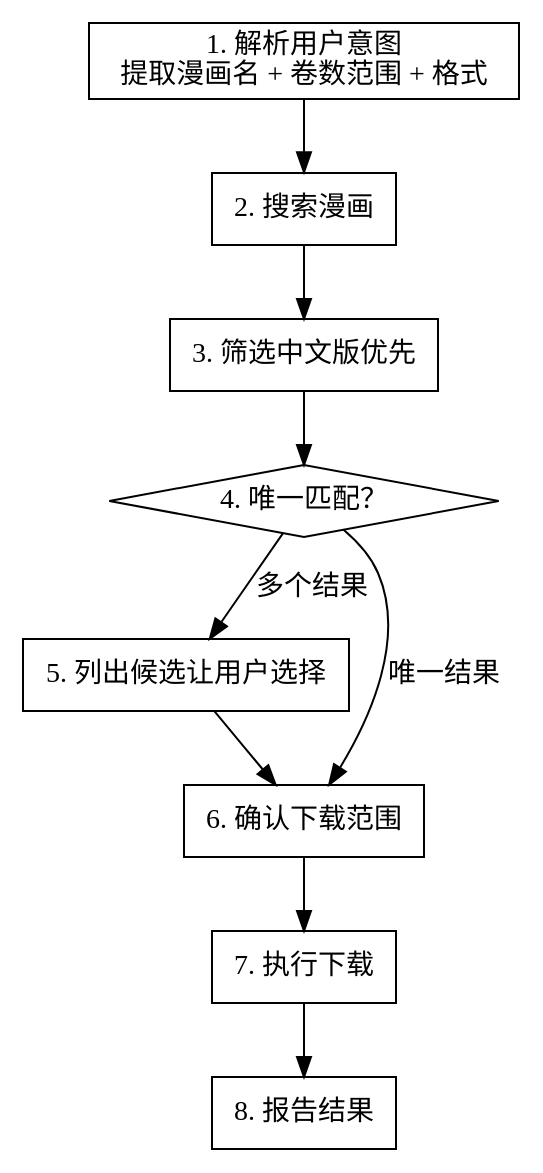
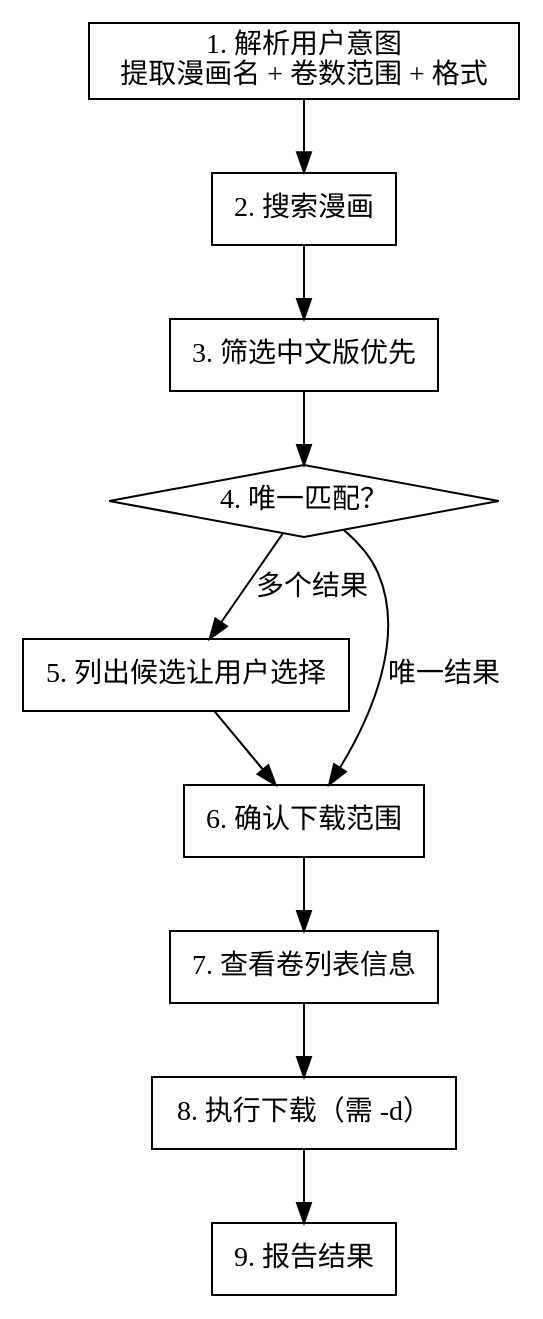
The diagram in SKILL.md (anyueruhui/moe_craw), drawn with Graphviz before and after one commit. The commit also changed other lines of this file and 2 other files, not shown here.

````diff
--- a/SKILL.md
+++ b/SKILL.md
@@ -19,21 +19,22 @@
 ```dot
 digraph kmoe {
     rankdir=TB;
     node [shape=box];
 
     parse [label="1. 解析用户意图\n提取漫画名 + 卷数范围 + 格式"];
     search [label="2. 搜索漫画"];
     filter [label="3. 筛选中文版优先"];
     decide [label="4. 唯一匹配？" shape=diamond];
     clarify [label="5. 列出候选让用户选择"];
     confirm [label="6. 确认下载范围"];
-    download [label="7. 执行下载"];
-    done [label="8. 报告结果"];
+    info [label="7. 查看卷列表信息"];
+    download [label="8. 执行下载（需 -d）"];
+    done [label="9. 报告结果"];
 
     parse -> search -> filter -> decide;
     decide -> clarify [label="多个结果"];
     decide -> confirm [label="唯一结果"];
     clarify -> confirm;
-    confirm -> download -> done;
+    confirm -> info -> download -> done;
 }
 ```
````
